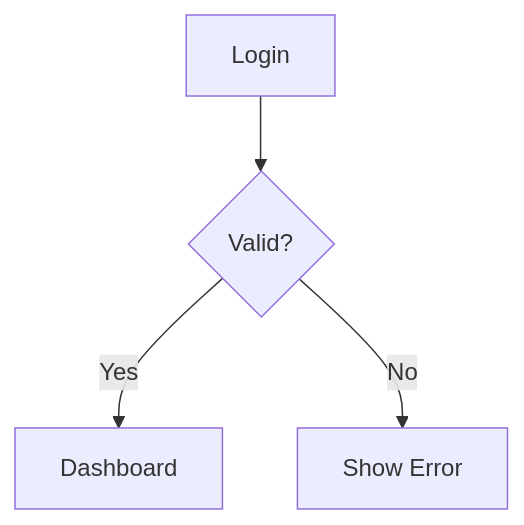
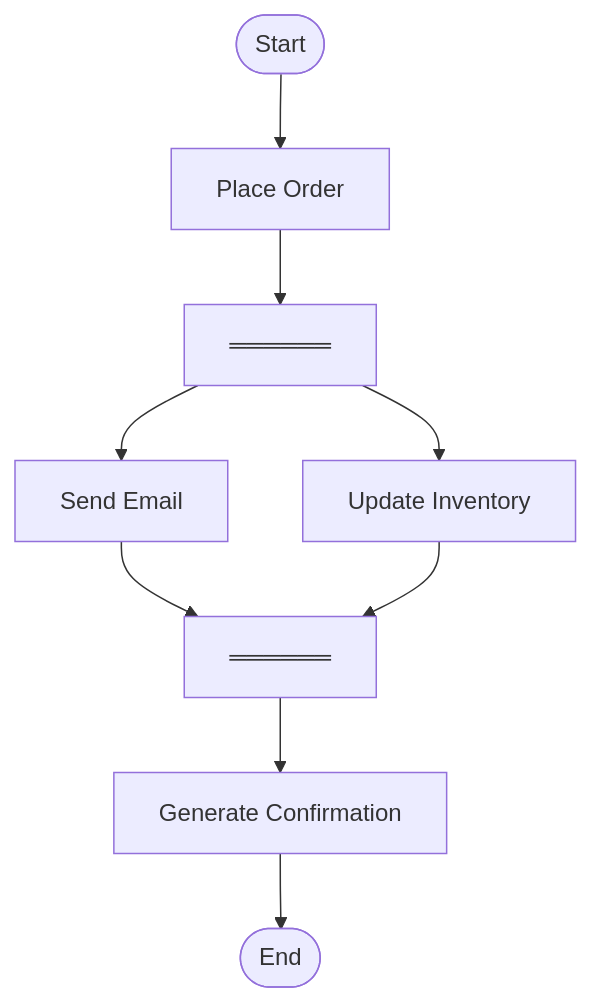
The second of 3 diagrams in 03-Academics/OOSE/New Draft/5.7 — Activity Diagram.md (namaewafaisal/Obsidian_Vault), drawn with Mermaid before and after one commit. The commit also changed other lines of this file and 4 other files, not shown here.

````diff
--- a/03-Academics/OOSE/New Draft/5.7 — Activity Diagram.md
+++ b/03-Academics/OOSE/New Draft/5.7 — Activity Diagram.md
@@ -71,9 +166,28 @@
 ```mermaid
 flowchart TD
-    A[Login]
-    B{Valid?}
 
-    A --> B
-    B -->|Yes| C[Dashboard]
-    B -->|No| D[Show Error]
+A([Start])
+B[Place Order]
+
+FORK["══════"]
+
+C[Send Email]
+D[Update Inventory]
+
+JOIN["══════"]
+
+E[Generate Confirmation]
+G([End])
+
+A --> B
+B --> FORK
+
+FORK --> C
+FORK --> D
+
+C --> JOIN
+D --> JOIN
+
+JOIN --> E
+E --> G
 ```
````
